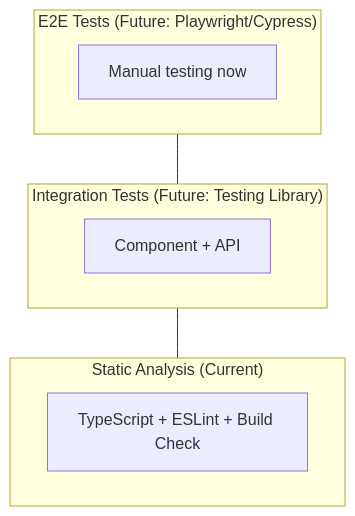
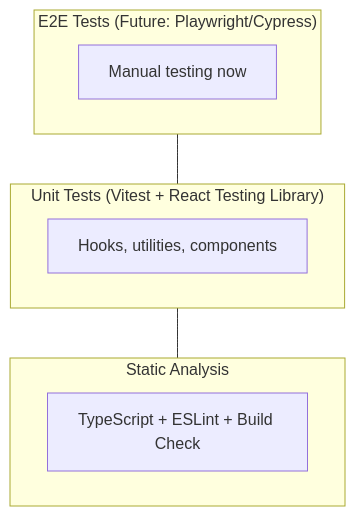
The diagram in docs/development/ui/testing.md (oqtopus-team/qdash), drawn with Mermaid before and after one commit. The commit also changed other lines of this file and 2 other files, not shown here.

Commit message:
refactor(ui): update route structure and enhance testing documentation

````diff
--- a/docs/development/ui/testing.md
+++ b/docs/development/ui/testing.md
@@ -15,17 +16,17 @@
 ```mermaid
 flowchart TB
     subgraph E2E["E2E Tests (Future: Playwright/Cypress)"]
         E2EContent["Manual testing now"]
     end
 
-    subgraph Integration["Integration Tests (Future: Testing Library)"]
-        IntContent["Component + API"]
+    subgraph Unit["Unit Tests (Vitest + React Testing Library)"]
+        UnitContent["Hooks, utilities, components"]
     end
 
-    subgraph Static["Static Analysis (Current)"]
+    subgraph Static["Static Analysis"]
         StaticContent["TypeScript + ESLint + Build Check"]
     end
 
-    E2E --- Integration
-    Integration --- Static
+    E2E --- Unit
+    Unit --- Static
 ```
````
